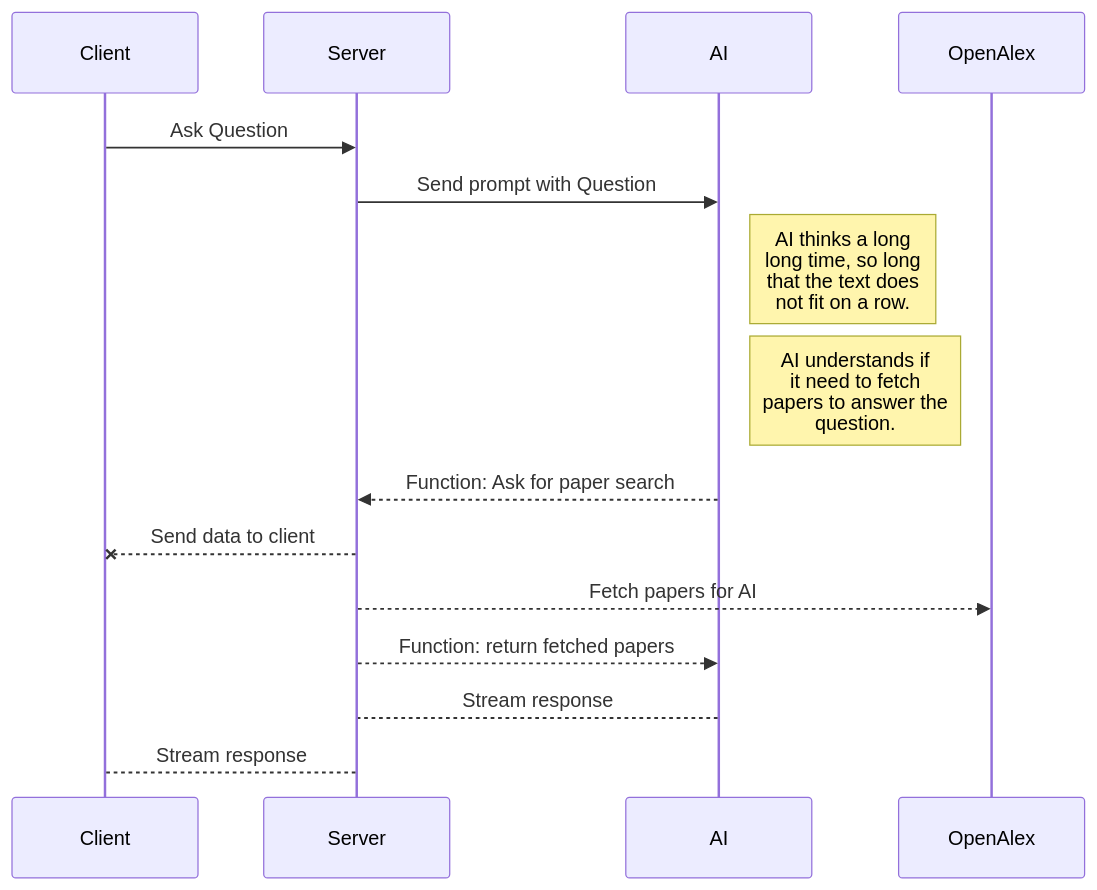
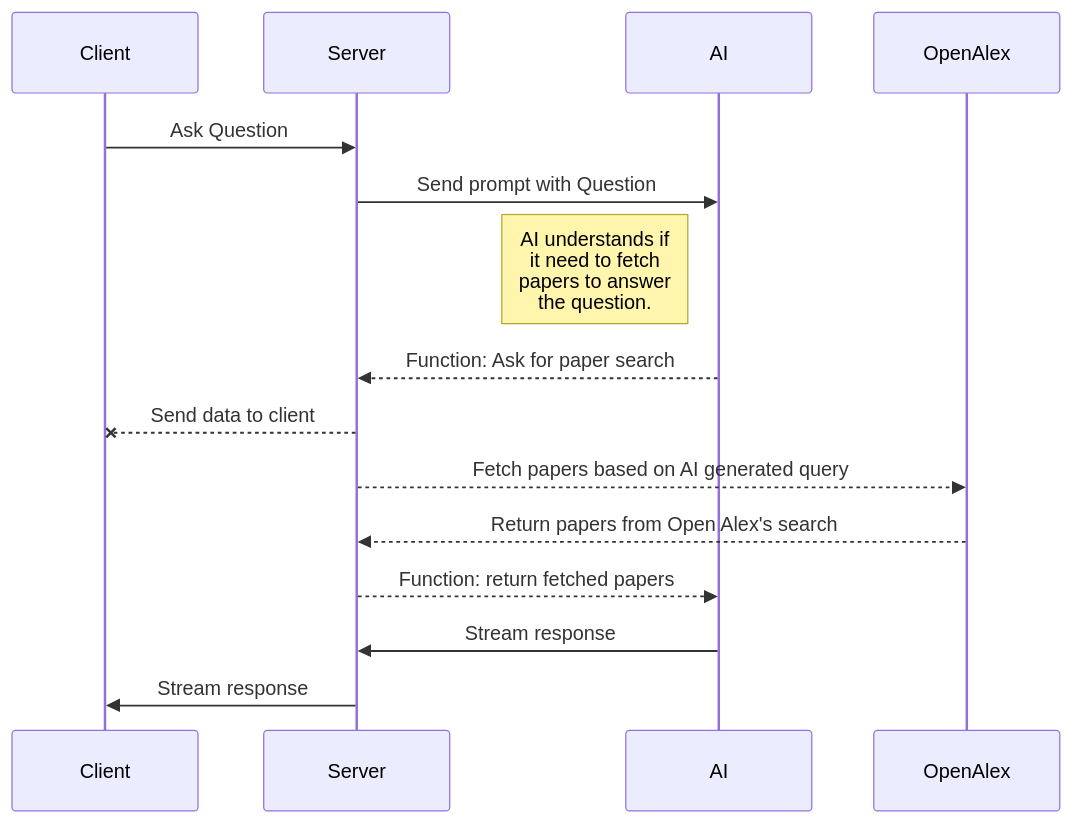
One commit to proemial/mono changed the diagram in apps/proem/README.md. Above: the diagram before and after it, drawn with Mermaid.

Commit message:
Update AI communication flow

````diff
--- a/apps/proem/README.md
+++ b/apps/proem/README.md
@@ -25,13 +25,13 @@
 ```mermaid
 sequenceDiagram
     Client->> Server: Ask Question
     Server->> AI: Send prompt with Question
-    Note right of AI: AI thinks a long<br/>long time, so long<br/>that the text does<br/>not fit on a row.
-    Note right of AI: AI understands if<br/>it need to fetch<br/>papers to answer the<br/>question.
+    Note left of AI: AI understands if<br/>it need to fetch<br/>papers to answer<br/>the question.
     AI-->>Server: Function: Ask for paper search
     Server--x Client: Send data to client
-    Server-->>OpenAlex: Fetch papers for AI
+    Server-->>OpenAlex: Fetch papers based on AI generated query
+    OpenAlex-->>Server: Return papers from Open Alex's search
     Server-->>AI: Function: return fetched papers
-    AI-->Server: Stream response
-    Server-->Client: Stream response
+    AI->>Server: Stream response
+    Server->>Client: Stream response
 ```
````
